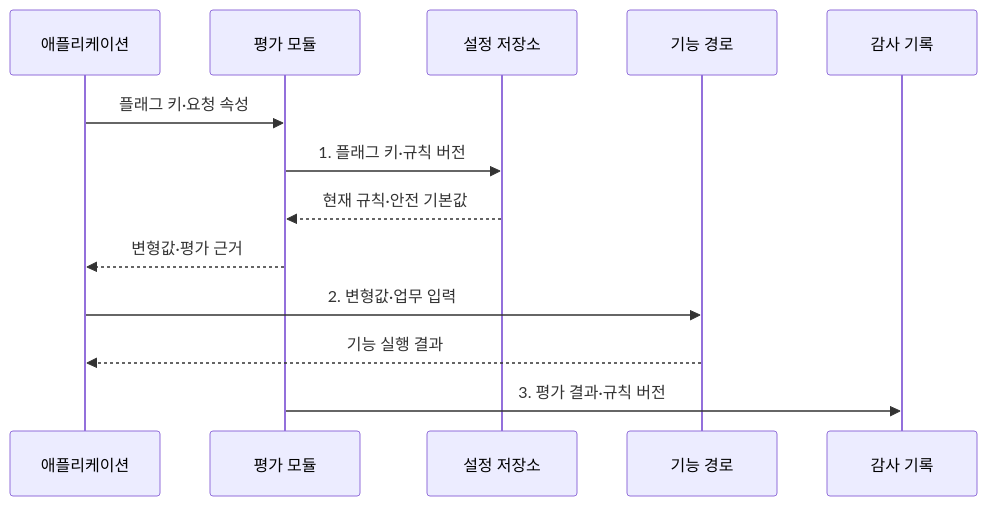
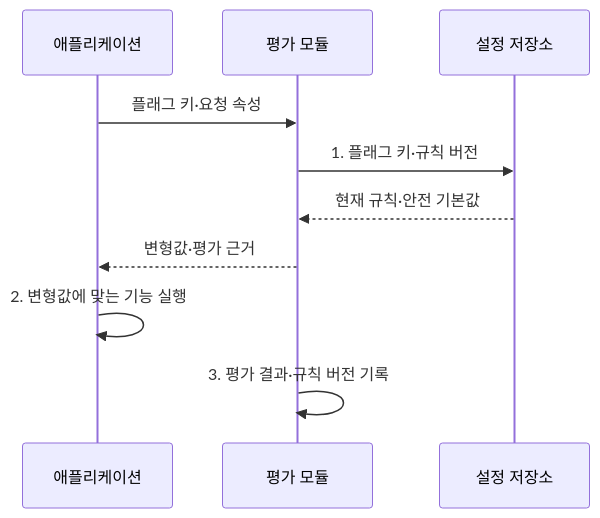
Before and after one commit to agnusdei1207/knowledge-base: the second of 2 diagrams in src/content/docs/notes/03-software/064_feature_flag.md, drawn with Mermaid. The commit also changed other lines of this file and 8 other files, not shown here.

Commit message:
Clarify software quality diagrams

````diff
--- a/src/content/docs/notes/03-software/064_feature_flag.md
+++ b/src/content/docs/notes/03-software/064_feature_flag.md
@@ -104,15 +104,12 @@
 ```mermaid
 sequenceDiagram
     participant A as 애플리케이션
     participant E as 평가 모듈
     participant S as 설정 저장소
-    participant F as 기능 경로
-    participant L as 감사 기록
     A->>E: 플래그 키·요청 속성
     E->>S: 1. 플래그 키·규칙 버전
     S-->>E: 현재 규칙·안전 기본값
     E-->>A: 변형값·평가 근거
-    A->>F: 2. 변형값·업무 입력
-    F-->>A: 기능 실행 결과
-    E->>L: 3. 평가 결과·규칙 버전
+    A->>A: 2. 변형값에 맞는 기능 실행
+    E->>E: 3. 평가 결과·규칙 버전 기록
 ```
````
